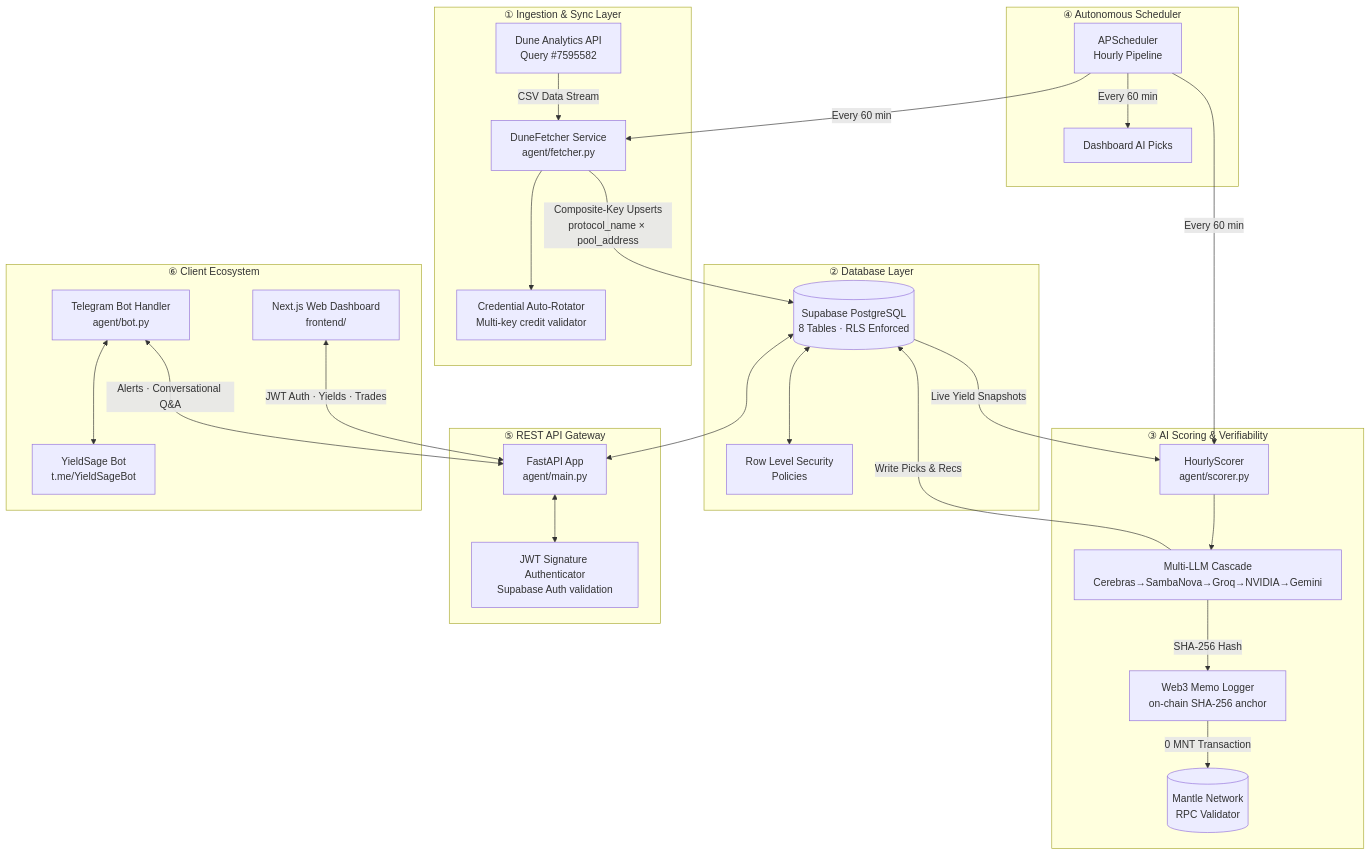
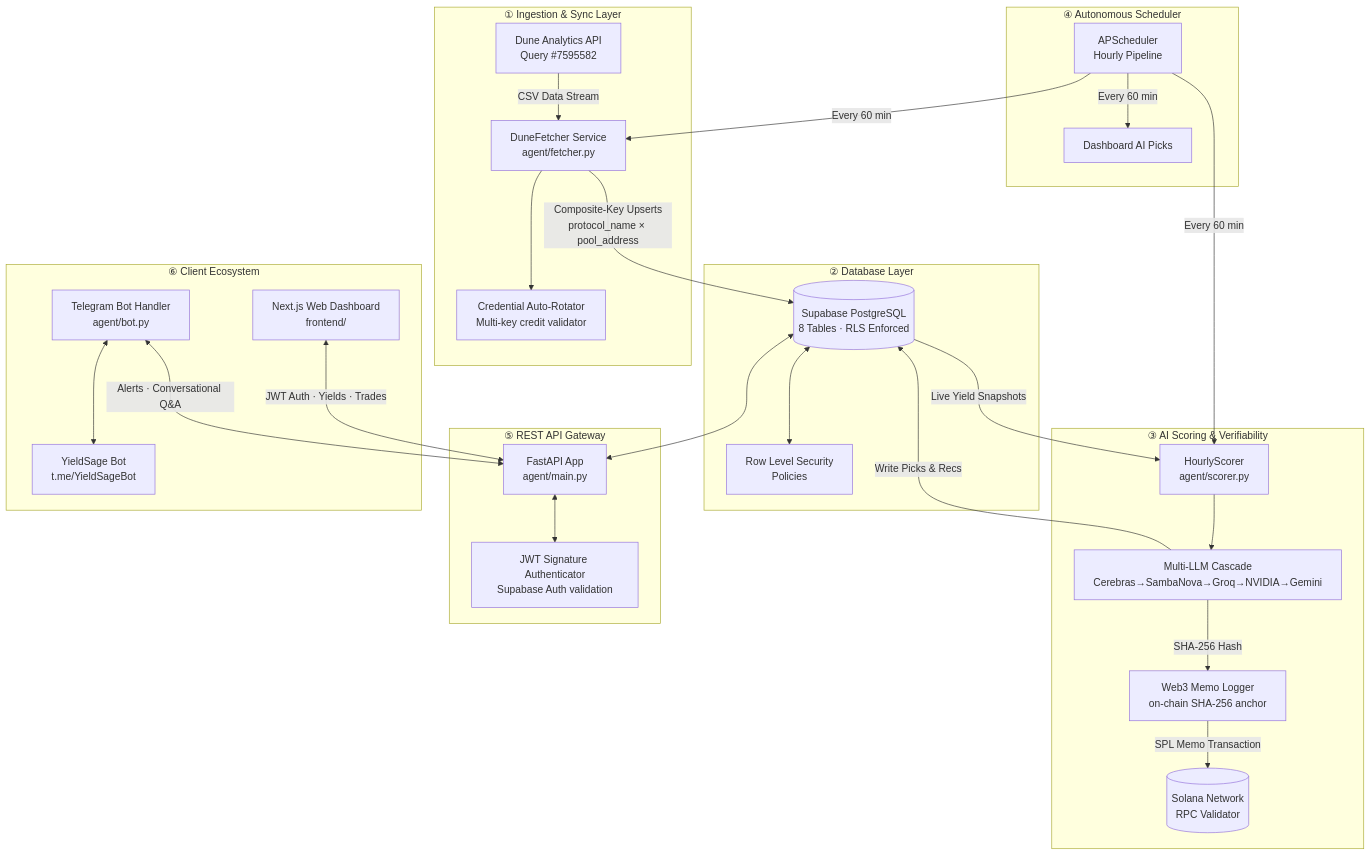
One commit to joshuatochinwachi/Yield-Sage changed the first of 9 diagrams in README.md. Above: the diagram before and after it, drawn with Mermaid. The commit also changed other lines of this file and 45 other files, not shown here.

````diff
--- a/README.md
+++ b/README.md
@@ -93,57 +93,57 @@
 ```mermaid
 graph TD
     %% DATA SOURCE & INGESTION
     subgraph Ingestion ["① Ingestion & Sync Layer"]
         DUNE[Dune Analytics API\nQuery #7595582]
         FETCHER[DuneFetcher Service\nagent/fetcher.py]
         ROTATOR[Credential Auto-Rotator\nMulti-key credit validator]
         DUNE -->|CSV Data Stream| FETCHER
         FETCHER --> ROTATOR
     end
 
     %% PERSISTENCE
     subgraph Data ["② Database Layer"]
         DB[(Supabase PostgreSQL\n8 Tables · RLS Enforced)]
         RLS[Row Level Security\nPolicies]
         DB <--> RLS
     end
     FETCHER -->|Composite-Key Upserts\nprotocol_name × pool_address| DB
 
     %% INTEL & SCORING
     subgraph Agent ["③ AI Scoring & Verifiability"]
         SCORER[HourlyScorer\nagent/scorer.py]
         CASCADE[Multi-LLM Cascade\nCerebras→SambaNova→Groq→NVIDIA→Gemini]
         MEMO[Web3 Memo Logger\non-chain SHA-256 anchor]
         DB -->|Live Yield Snapshots| SCORER
         SCORER --> CASCADE
         CASCADE -->|SHA-256 Hash| MEMO
-        MEMO -->|0 MNT Transaction| MANTLE[(Mantle Network\nRPC Validator)]
+        MEMO -->|SPL Memo Transaction| SOLANA[(Solana Network\nRPC Validator)]
     end
     CASCADE -->|Write Picks & Recs| DB
 
     %% SCHEDULER
     subgraph Sched ["④ Autonomous Scheduler"]
         APSched[APScheduler\nHourly Pipeline]
         APSched -->|Every 60 min| FETCHER
         APSched -->|Every 60 min| SCORER
         APSched -->|Every 60 min| PICKS[Dashboard AI Picks]
     end
 
     %% GATEWAY
     subgraph Gateway ["⑤ REST API Gateway"]
         FASTAPI[FastAPI App\nagent/main.py]
         AUTH[JWT Signature Authenticator\nSupabase Auth validation]
         FASTAPI <--> AUTH
         DB <--> FASTAPI
     end
 
     %% CLIENTS
     subgraph Clients ["⑥ Client Ecosystem"]
         DASH[Next.js Web Dashboard\nfrontend/]
         TG[Telegram Bot Handler\nagent/bot.py]
         BOT[YieldSage Bot\nt.me/YieldSageBot]
         DASH <-->|JWT Auth · Yields · Trades| FASTAPI
         TG <-->|Alerts · Conversational Q&A| FASTAPI
         TG <--> BOT
     end
 ```
````
